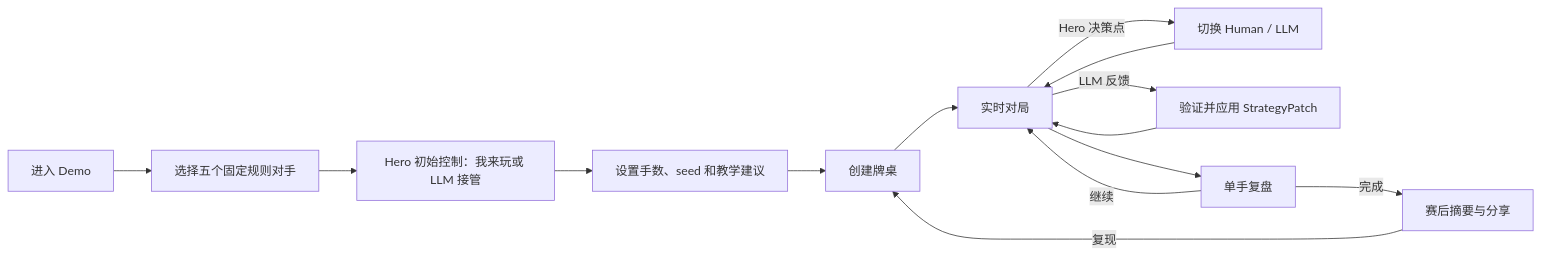
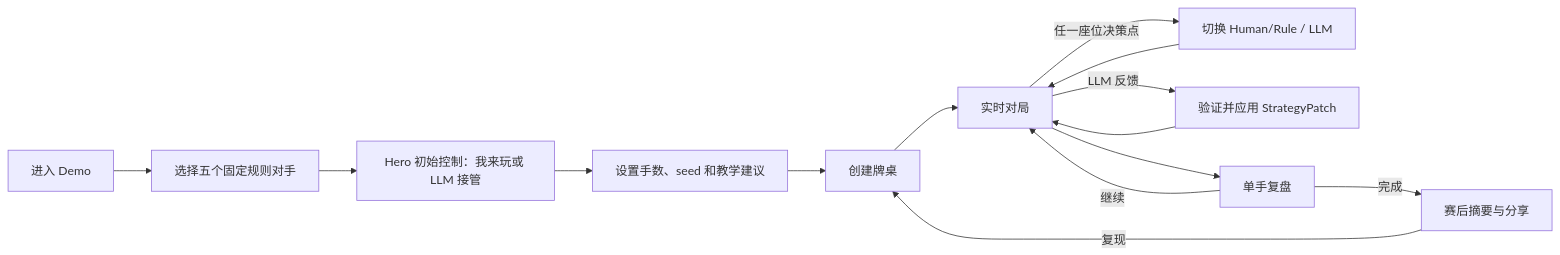
The first of 4 diagrams in docs/online_demo_design.md (jihegao/reflexive-poker-agents), drawn with Mermaid before and after one commit. The commit also changed other lines of this file and 10 other files, not shown here.

````diff
--- a/docs/online_demo_design.md
+++ b/docs/online_demo_design.md
@@ -87,16 +87,16 @@
 ```mermaid
 flowchart LR
     A["进入 Demo"] --> B["选择五个固定规则对手"]
     B --> C["Hero 初始控制：我来玩或 LLM 接管"]
     C --> D["设置手数、seed 和教学建议"]
     D --> E["创建牌桌"]
     E --> F["实时对局"]
-    F -->|Hero 决策点| I["切换 Human / LLM"]
+    F -->|任一座位决策点| I["切换 Human/Rule / LLM"]
     I --> F
     F -->|LLM 反馈| J["验证并应用 StrategyPatch"]
     J --> F
     F --> G["单手复盘"]
     G -->|继续| F
     G -->|完成| H["赛后摘要与分享"]
     H -->|复现| E
 ```
````
